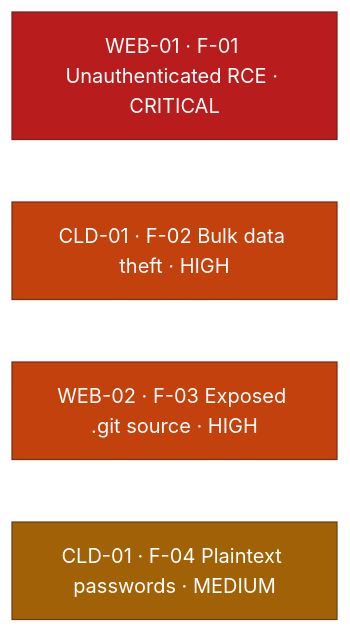
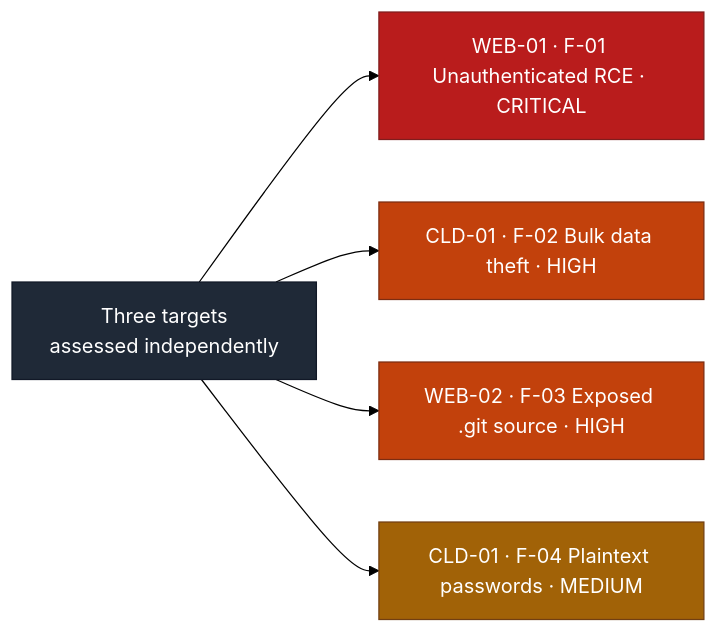
One commit to ouroboros-white/cybersecurity-portfolio changed the diagram in reports/lab-assessment-2026-08.md. Above: the diagram before and after it, drawn with Mermaid (forest theme). The commit also changed other lines of this file, not shown here.

Commit message:
style: fan the management graphic out from a single root
Invisible links left the boxes floating with unexplained gaps. Arrows
fix that visually, but chaining them top to bottom would claim these
four findings run into one another across three separate hosts, which
is false. Fanning them out from one root keeps the arrows and makes
them mean containment rather than sequence, which is what the caption
already says.

````diff
--- a/reports/lab-assessment-2026-08.md
+++ b/reports/lab-assessment-2026-08.md
@@ -69,16 +70,16 @@
 ```mermaid
-flowchart TD
-    A1["WEB-01 · F-01 Unauthenticated RCE · CRITICAL"]
-    A2["CLD-01 · F-02 Bulk data theft · HIGH"]
-    A3["WEB-02 · F-03 Exposed .git source · HIGH"]
-    A4["CLD-01 · F-04 Plaintext passwords · MEDIUM"]
-    A1 ~~~ A2
-    A2 ~~~ A3
-    A3 ~~~ A4
+flowchart LR
+    S["Three targets<br/>assessed independently"]
+    S --> A1["WEB-01 · F-01 Unauthenticated RCE · CRITICAL"]
+    S --> A2["CLD-01 · F-02 Bulk data theft · HIGH"]
+    S --> A3["WEB-02 · F-03 Exposed .git source · HIGH"]
+    S --> A4["CLD-01 · F-04 Plaintext passwords · MEDIUM"]
     classDef crit fill:#b91c1c,stroke:#7f1d1d,color:#ffffff;
     classDef high fill:#c2410c,stroke:#7c2d12,color:#ffffff;
     classDef med fill:#a16207,stroke:#713f12,color:#ffffff;
+    classDef term fill:#1f2937,stroke:#111827,color:#ffffff;
     class A1 crit;
     class A2,A3 high;
     class A4 med;
+    class S term;
 ```
````
